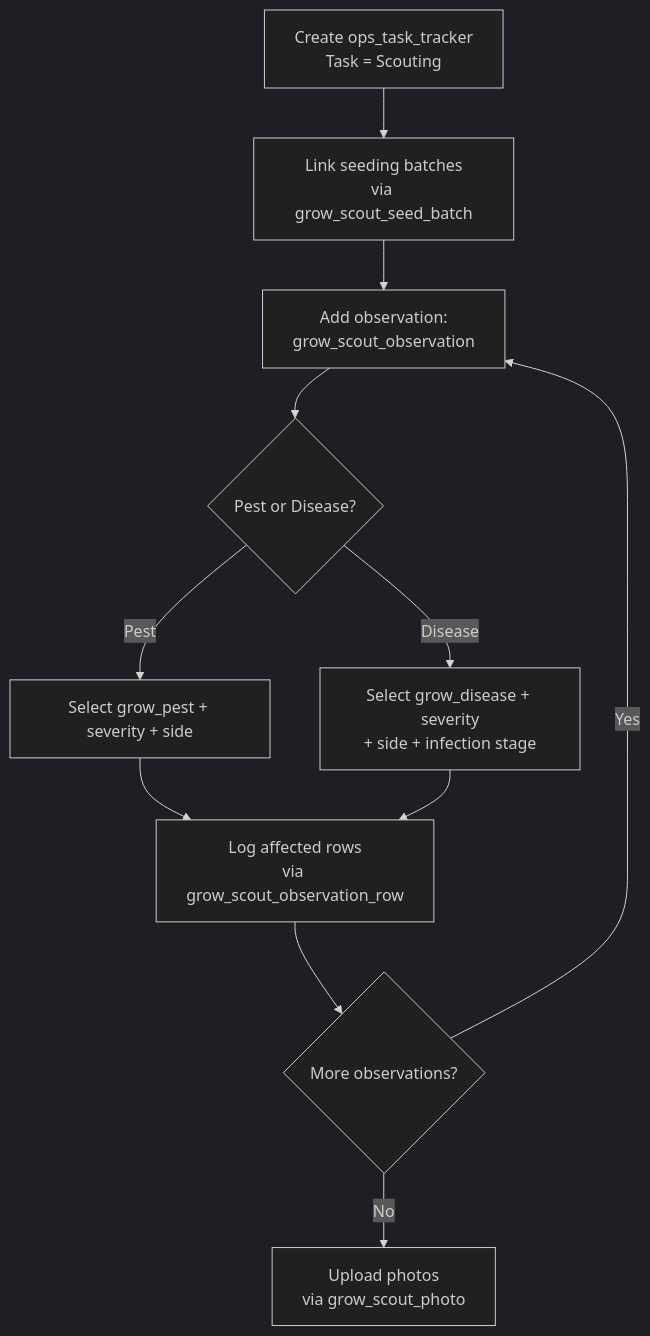
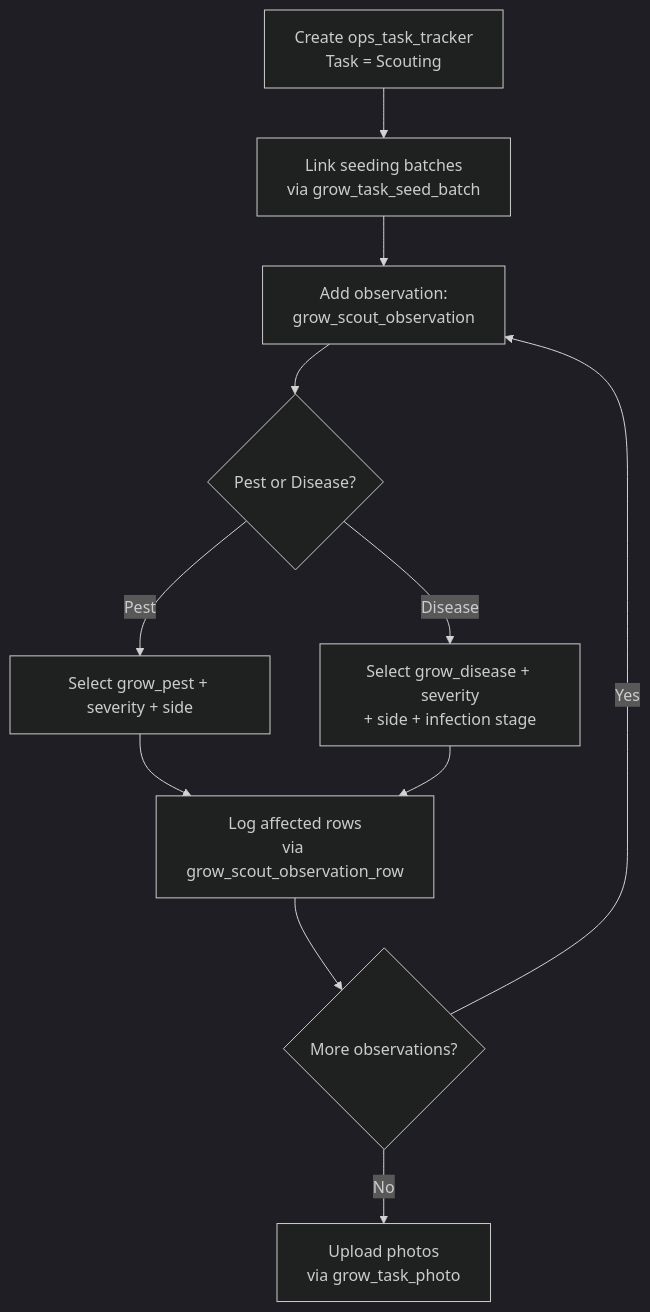
One commit to Hawaii-Farming/aloha-app changed the diagram in docs/processes/20260324_05_grow_scouting_workflow.md. Above: the diagram before and after it, drawn with Mermaid (dark theme). The commit also changed other lines of this file and 16 other files, not shown here.

````diff
--- a/docs/processes/20260324_05_grow_scouting_workflow.md
+++ b/docs/processes/20260324_05_grow_scouting_workflow.md
@@ -49,13 +49,13 @@
 ```mermaid
 flowchart TD
-    A[Create ops_task_tracker\nTask = Scouting] --> B[Link seeding batches\nvia grow_scout_seed_batch]
+    A[Create ops_task_tracker\nTask = Scouting] --> B[Link seeding batches\nvia grow_task_seed_batch]
     B --> C[Add observation:\ngrow_scout_observation]
     C --> D{Pest or Disease?}
     D -->|Pest| E[Select grow_pest + severity + side]
     D -->|Disease| F[Select grow_disease + severity\n+ side + infection stage]
     E --> G[Log affected rows\nvia grow_scout_observation_row]
     F --> G
     G --> H{More observations?}
     H -->|Yes| C
-    H -->|No| I[Upload photos\nvia grow_scout_photo]
+    H -->|No| I[Upload photos\nvia grow_task_photo]
 ```
````
